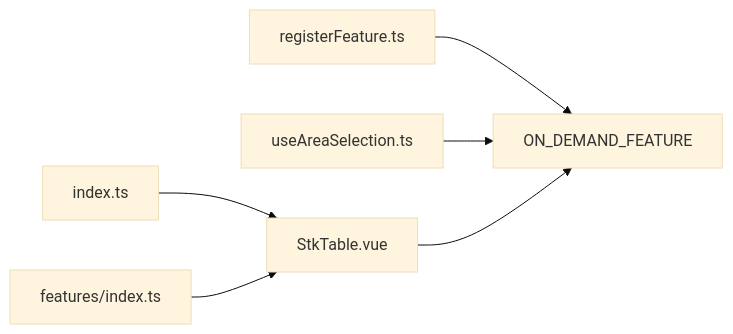
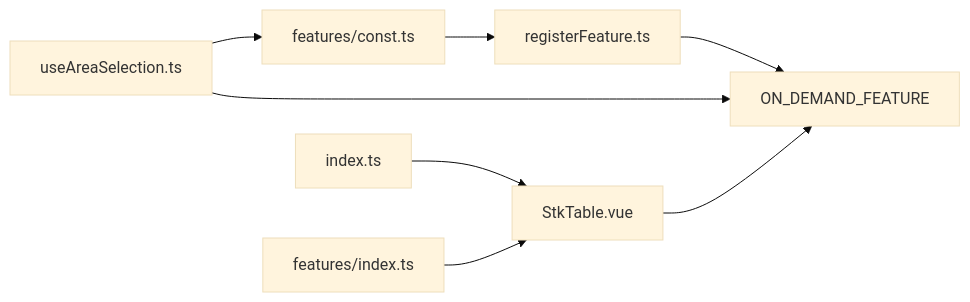
One commit to ja-plus/stk-table-vue changed the sixth of 6 diagrams in .qoder/repowiki/en/content/Core Concepts/On-Demand Feature Registration.md. Above: the diagram before and after it, drawn with Mermaid (base theme). The commit also changed other lines of this file and 2 other files, not shown here.

````diff
--- a/.qoder/repowiki/en/content/Core Concepts/On-Demand Feature Registration.md
+++ b/.qoder/repowiki/en/content/Core Concepts/On-Demand Feature Registration.md
@@ -229,8 +269,10 @@
 ```mermaid
 graph LR
 IDX["index.ts"] --> STK["StkTable.vue"]
 FIDX["features/index.ts"] --> STK
 RF["registerFeature.ts"] --> OF["ON_DEMAND_FEATURE"]
-UAS["useAreaSelection.ts"] --> OF
+MYFN["features/const.ts"] --> RF
+UAS["useAreaSelection.ts"] --> MYFN
+UAS --> OF
 STK --> OF
 ```
````
